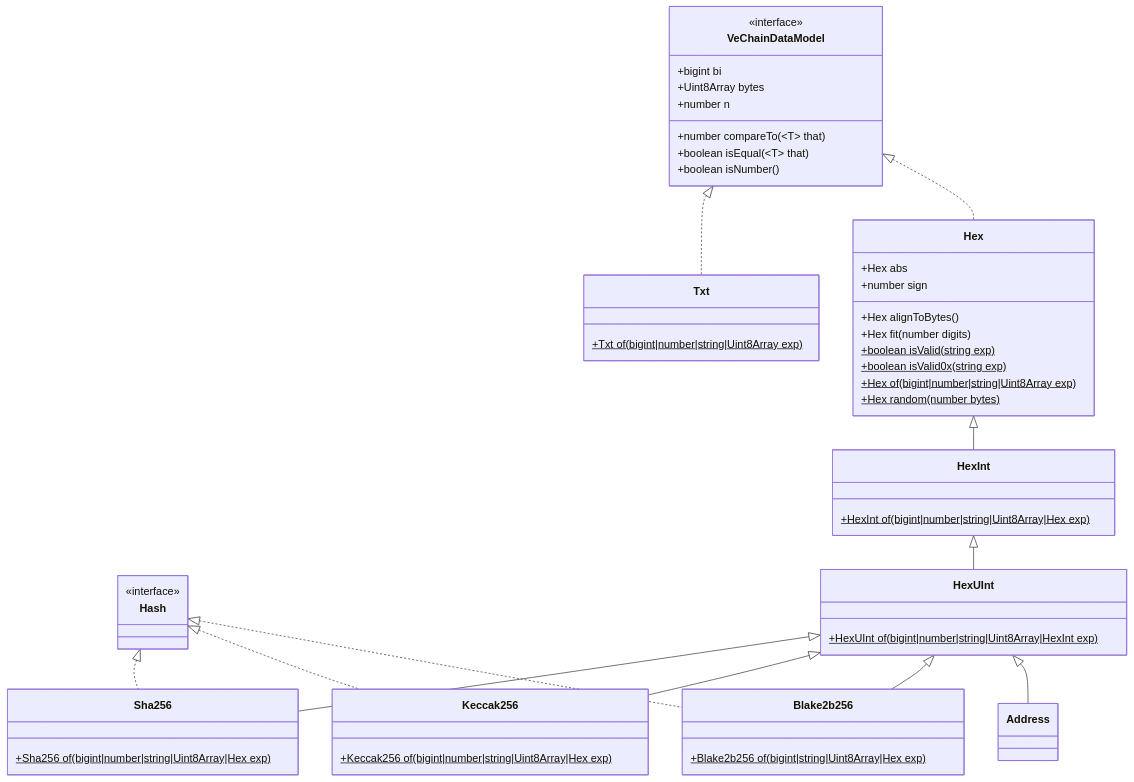
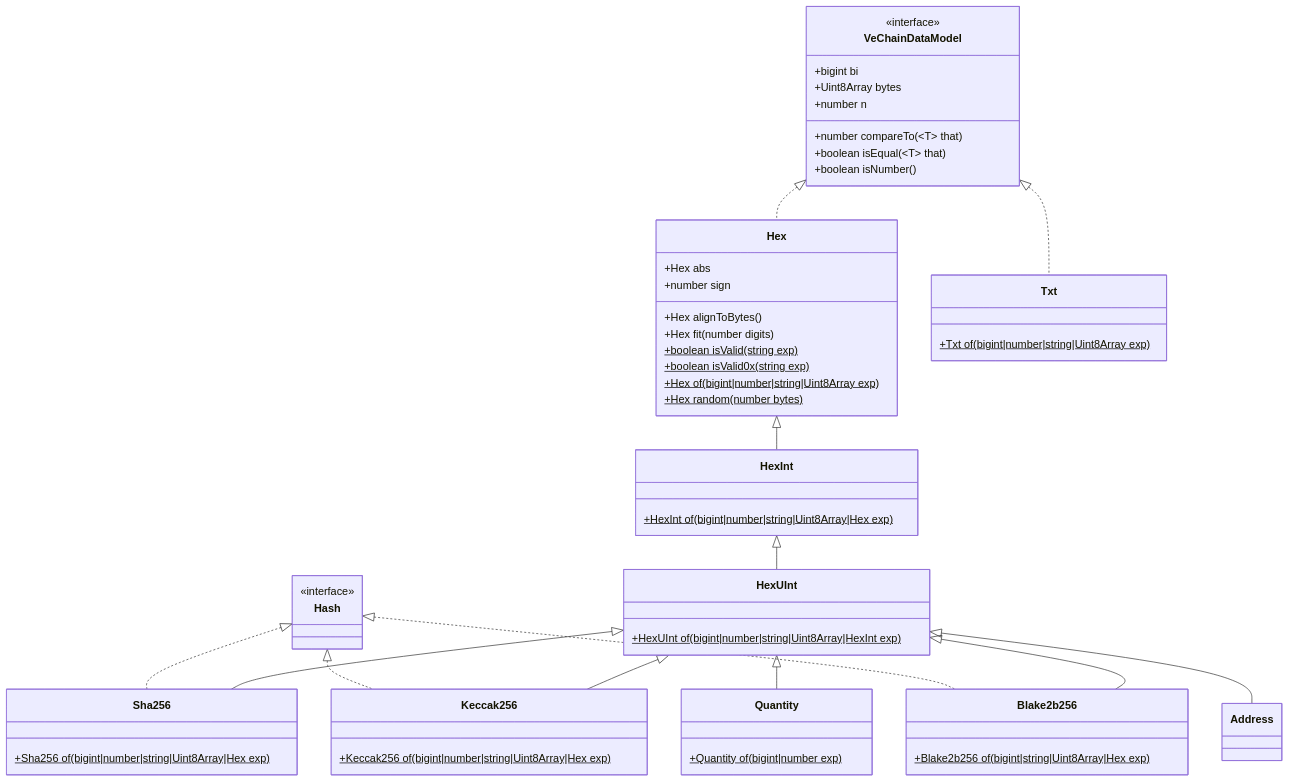
Before and after one commit to vechain/vechain-sdk-js: the diagram in docs/diagrams/architecture/vcdm.md, drawn with Mermaid.

Commit message:
feat: 1115 Quantity.ts implemented

````diff
--- a/docs/diagrams/architecture/vcdm.md
+++ b/docs/diagrams/architecture/vcdm.md
@@ -1,55 +1,59 @@
 ```mermaid
 classDiagram
     class Address
     class Blake2b256 {
         +Blake2b256 of(bigint|string|Uint8Array|Hex exp)$
     }
     class Hash {
         <<interface>>
     }
     class Hex {
         +Hex abs
         +number sign
         +Hex alignToBytes()
         +Hex fit(number digits)
         +boolean isValid(string exp)$
         +boolean isValid0x(string exp)$
         +Hex of(bigint|number|string|Uint8Array exp)$
         +Hex random(number bytes)$
     }
     class HexInt {
         +HexInt of(bigint|number|string|Uint8Array|Hex exp)$
     }
     class HexUInt {
         +HexUInt of(bigint|number|string|Uint8Array|HexInt exp)$
     }
     class Keccak256 {
         +Keccak256 of(bigint|number|string|Uint8Array|Hex exp)$
     }
-    class Txt {
-        +Txt of(bigint|number|string|Uint8Array exp)$
+    class Quantity {
+        +Quantity of(bigint|number exp)$
     }
     class Sha256 {
         +Sha256 of(bigint|number|string|Uint8Array|Hex exp)$
+    }
+    class Txt {
+        +Txt of(bigint|number|string|Uint8Array exp)$
     }
     class VeChainDataModel{
         <<interface>>
       +bigint bi
       +Uint8Array bytes
       +number n
       +number compareTo(~T~ that)
       +boolean isEqual(~T~ that)
       +boolean isNumber()
     }
     Hash <|.. Blake2b256
     Hash <|.. Keccak256
     Hash <|.. Sha256
     Hex <|-- HexInt
     HexInt <|-- HexUInt
     HexUInt <|-- Address
     HexUInt <|-- Blake2b256
     HexUInt <|-- Keccak256
+    HexUInt <|-- Quantity
     HexUInt <|-- Sha256
     VeChainDataModel <|.. Hex
     VeChainDataModel <|.. Txt
 ```
````
